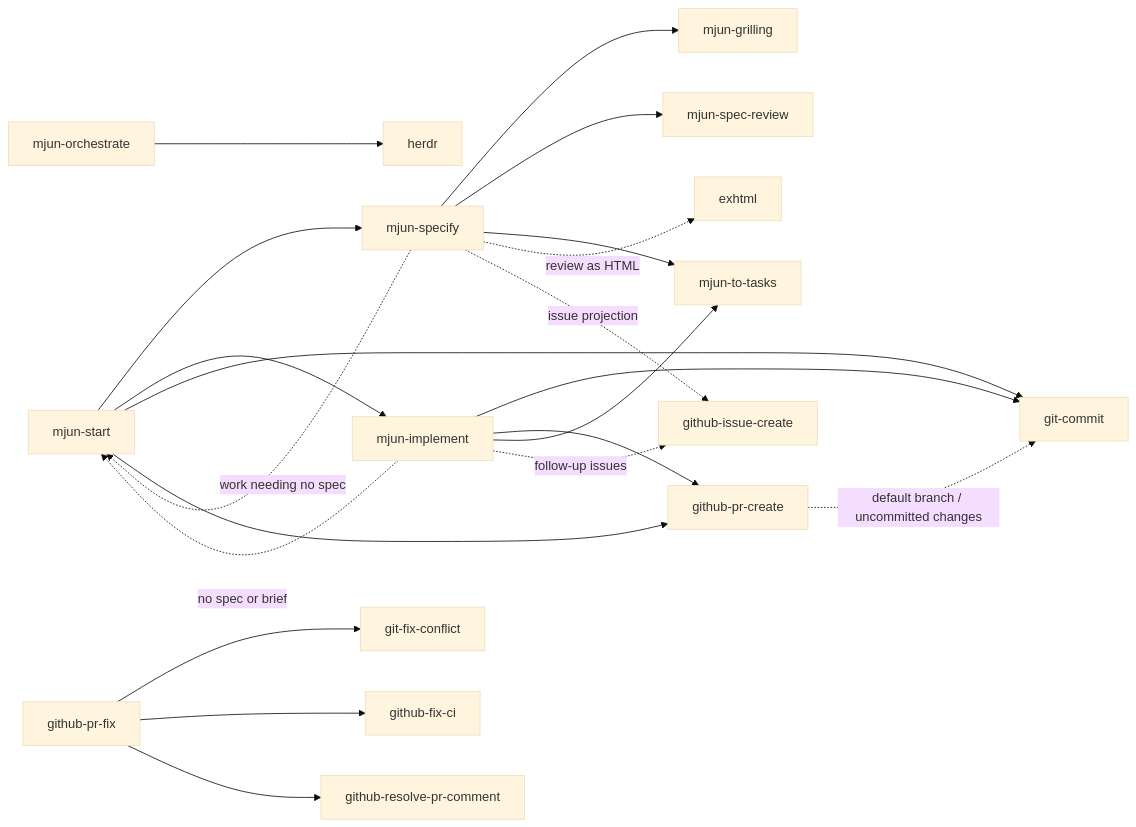
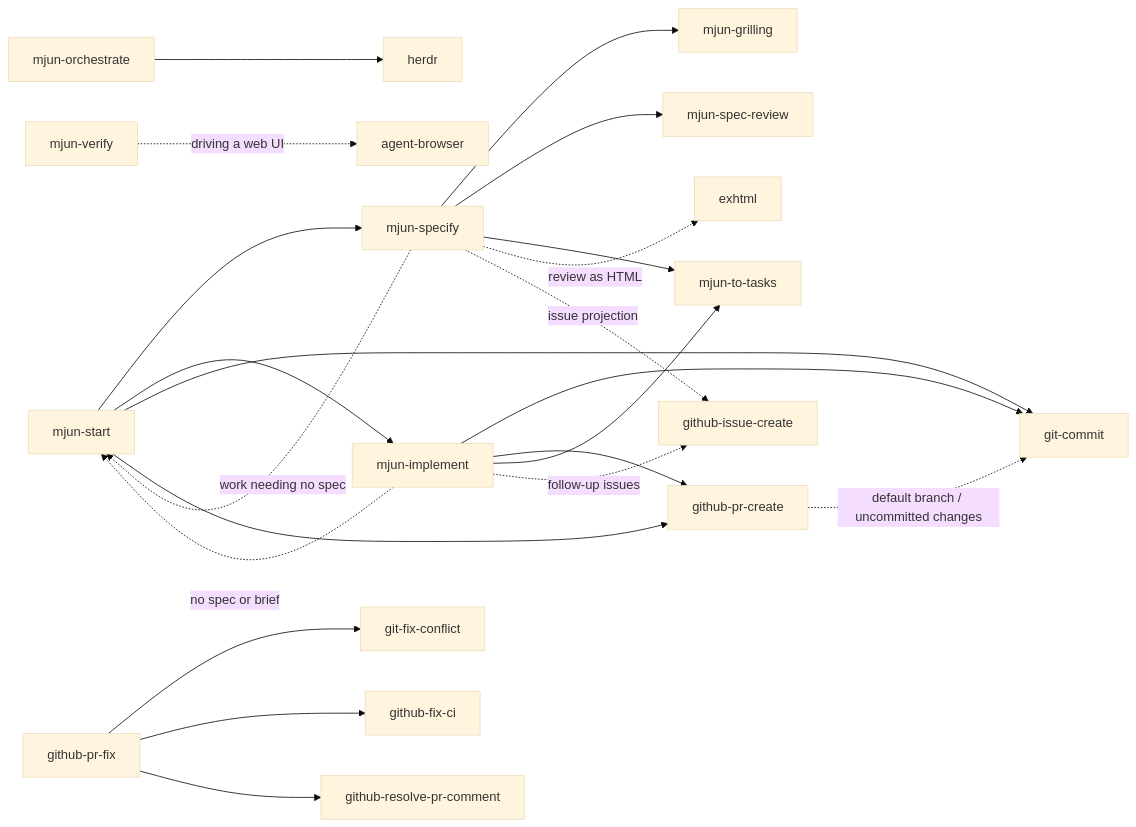
The diagram in doc/skills.md (mjun0812/dotfiles), drawn with Mermaid (base theme) before and after one commit. The commit also changed other lines of this file and 14 other files, not shown here.

First line of the commit message:
feat: add mjun-verify and verify completion on the real app in mjun-implement

````diff
--- a/doc/skills.md
+++ b/doc/skills.md
@@ -140,28 +141,30 @@
 ```mermaid
 graph LR
     github-pr-create -. default branch / uncommitted changes .-> git-commit
 
     mjun-start --> mjun-specify
     mjun-start --> mjun-implement
     mjun-start --> git-commit
     mjun-start --> github-pr-create
 
     mjun-specify -. work needing no spec .-> mjun-start
     mjun-specify --> mjun-grilling
     mjun-specify --> mjun-spec-review
     mjun-specify --> mjun-to-tasks
     mjun-specify -. review as HTML .-> exhtml
     mjun-specify -. issue projection .-> github-issue-create
 
     mjun-implement --> git-commit
     mjun-implement --> github-pr-create
     mjun-implement --> mjun-to-tasks
     mjun-implement -. follow-up issues .-> github-issue-create
     mjun-implement -. no spec or brief .-> mjun-start
 
     mjun-orchestrate --> herdr
 
+    mjun-verify -. driving a web UI .-> agent-browser
+
     github-pr-fix --> git-fix-conflict
     github-pr-fix --> github-fix-ci
     github-pr-fix --> github-resolve-pr-comment
 ```
````
